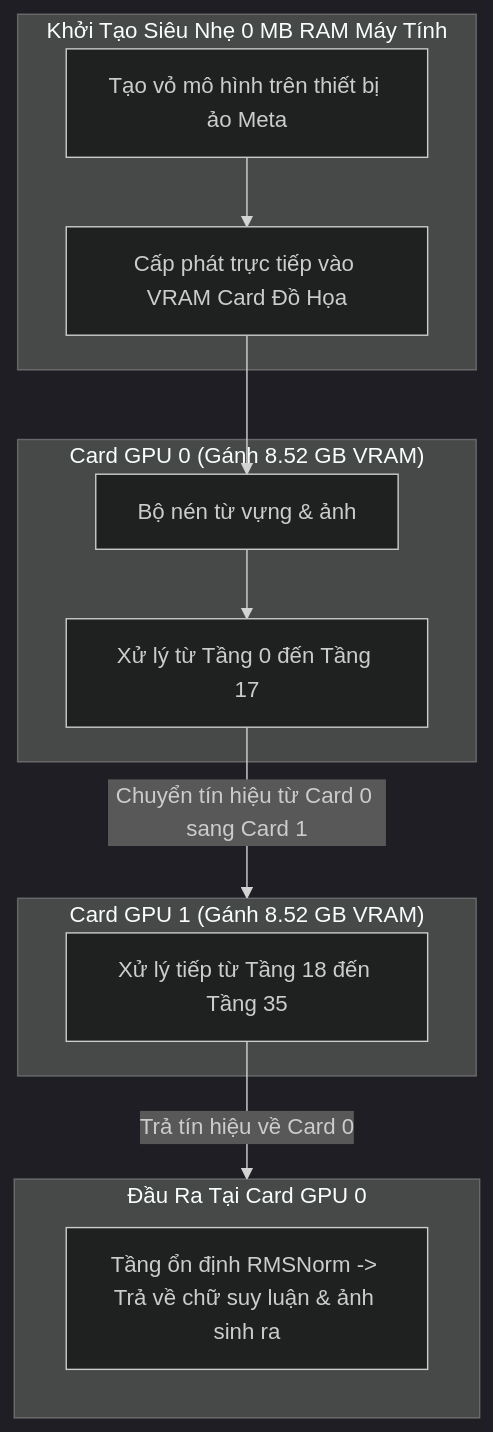
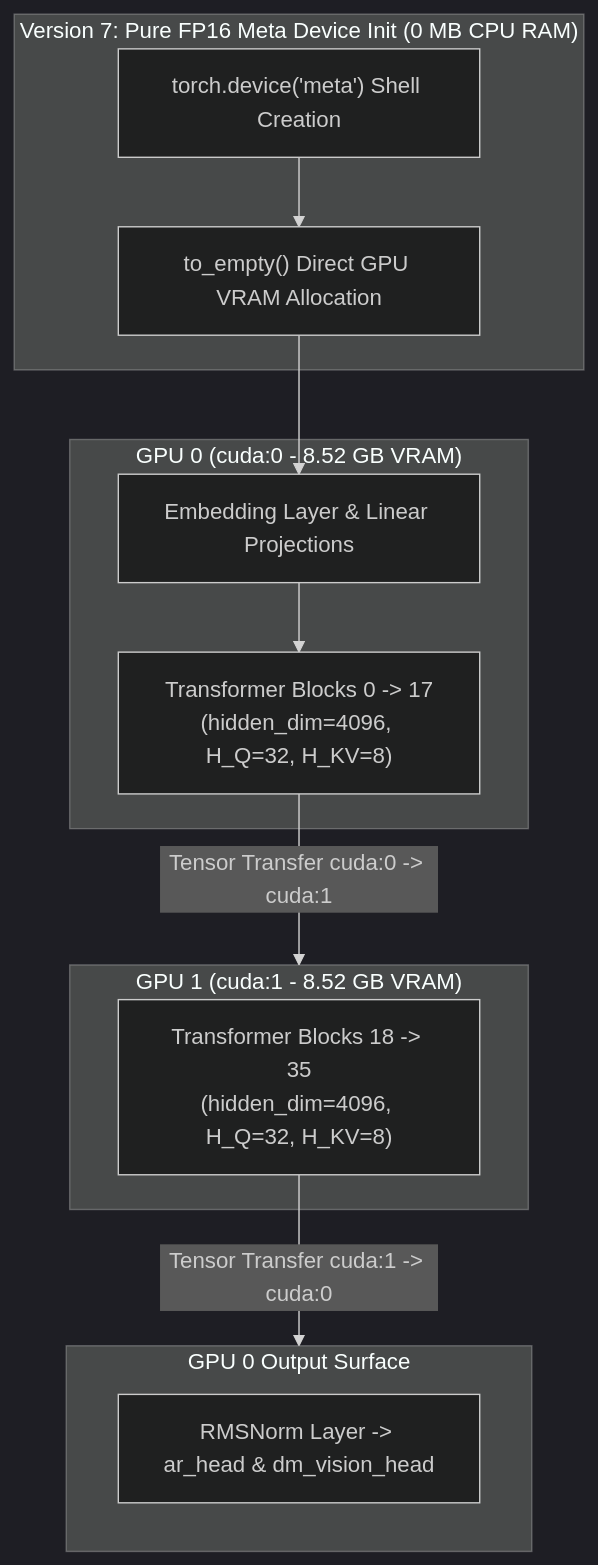
The eighth of 8 diagrams in VERSION_COMPARISON.md (datascience180806/mini_cosmos), drawn with Mermaid (dark theme) before and after one commit. The commit also changed other lines of this file, not shown here.

Commit message:
Restore standard English AI/DL terms (Attention Layer, Embedding Layer, Transformer Block, SwiGLU FFN, RMSNorm, VRAM, Latency, Throughput) in report

````diff
--- a/VERSION_COMPARISON.md
+++ b/VERSION_COMPARISON.md
@@ -261,23 +252,23 @@
 ```mermaid
 flowchart TD
-    subgraph V7_INIT["Khởi Tạo Siêu Nhẹ 0 MB RAM Máy Tính"]
-        V7_META["Tạo vỏ mô hình trên thiết bị ảo Meta"] --> V7_ALLOC["Cấp phát trực tiếp vào VRAM Card Đồ Họa"]
+    subgraph V7_INIT["Version 7: Pure FP16 Meta Device Init (0 MB CPU RAM)"]
+        V7_META["torch.device('meta') Shell Creation"] --> V7_ALLOC["to_empty() Direct GPU VRAM Allocation"]
     end
 
-    subgraph V7_GPU0["Card GPU 0 (Gánh 8.52 GB VRAM)"]
-        V7_ALLOC --> V7_EMB0["Bộ nén từ vựng & ảnh"]
-        V7_EMB0 --> V7_BLK0["Xử lý từ Tầng 0 đến Tầng 17"]
+    subgraph V7_GPU0["GPU 0 (cuda:0 - 8.52 GB VRAM)"]
+        V7_ALLOC --> V7_EMB0["Embedding Layer & Linear Projections"]
+        V7_EMB0 --> V7_BLK0["Transformer Blocks 0 -> 17\n(hidden_dim=4096, H_Q=32, H_KV=8)"]
     end
 
-    V7_BLK0 --> |Chuyển tín hiệu từ Card 0 sang Card 1| V7_GPU1
+    V7_BLK0 --> |Tensor Transfer cuda:0 -> cuda:1| V7_GPU1
 
-    subgraph V7_GPU1["Card GPU 1 (Gánh 8.52 GB VRAM)"]
-        V7_GPU1_BLK["Xử lý tiếp từ Tầng 18 đến Tầng 35"]
+    subgraph V7_GPU1["GPU 1 (cuda:1 - 8.52 GB VRAM)"]
+        V7_GPU1_BLK["Transformer Blocks 18 -> 35\n(hidden_dim=4096, H_Q=32, H_KV=8)"]
     end
 
-    V7_GPU1_BLK --> |Trả tín hiệu về Card 0| V7_HEADS
+    V7_GPU1_BLK --> |Tensor Transfer cuda:1 -> cuda:0| V7_HEADS
 
-    subgraph V7_HEADS["Đầu Ra Tại Card GPU 0"]
-        V7_HEADS_RUN["Tầng ổn định RMSNorm -> Trả về chữ suy luận & ảnh sinh ra"]
+    subgraph V7_HEADS["GPU 0 Output Surface"]
+        V7_HEADS_RUN["RMSNorm Layer -> ar_head & dm_vision_head"]
     end
 ```
````
